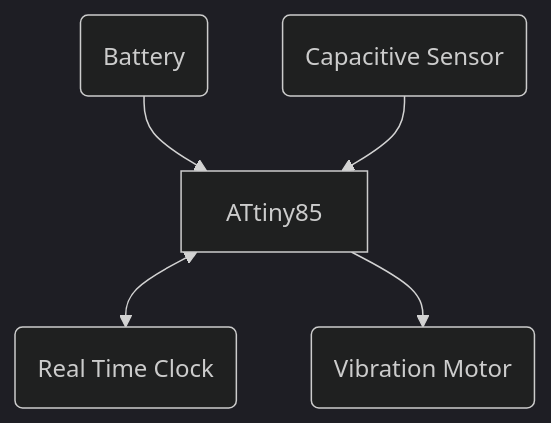
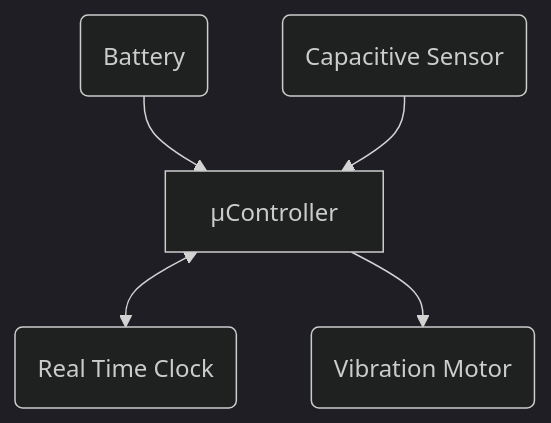
Before and after one commit to shadopawn/morse-code-watch: the diagram in README.md, drawn with Mermaid (dark theme).

Commit message:
Update block diagram with more generic term

````diff
--- a/README.md
+++ b/README.md
@@ -15,7 +15,7 @@
 ```mermaid
 flowchart TB
-    ATtiny85 <--> RTC(Real Time Clock)
-    B(Battery) --> ATtiny85
-    CS(Capacitive Sensor) --> ATtiny85
-    ATtiny85 --> VM(Vibration Motor) 
+    μController <--> RTC(Real Time Clock)
+    B(Battery) --> μController
+    CS(Capacitive Sensor) --> μController
+    μController --> VM(Vibration Motor)
 ```
````
